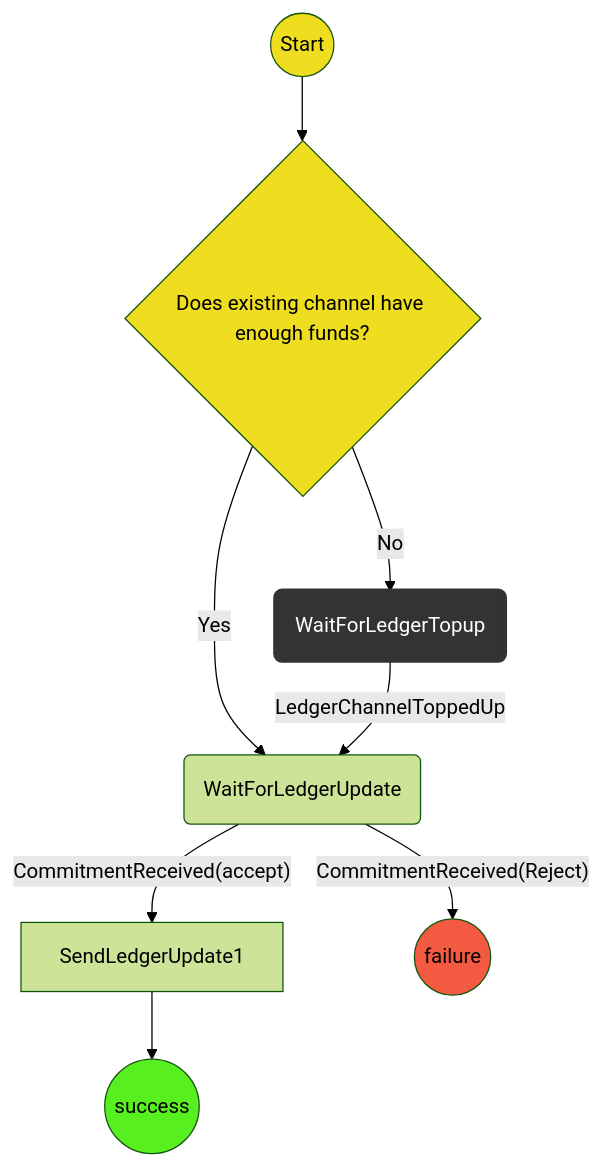
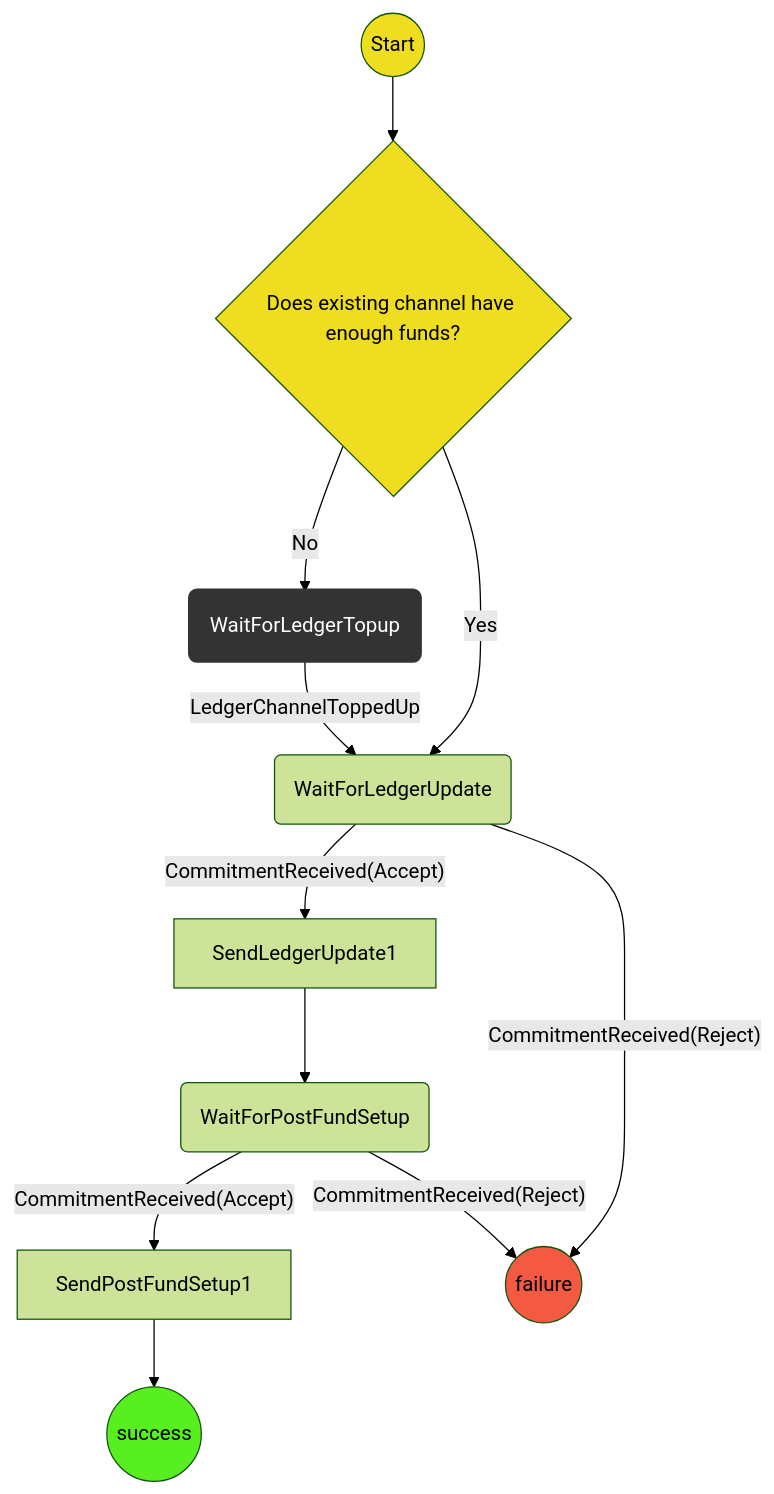
Before and after one commit to magmo/apps: the second of 2 diagrams in packages/wallet/src/redux/protocols/existing-channel-funding/readme.md, drawn with Mermaid (forest theme). The commit also changed other lines of this file and 4 other files, not shown here.

Commit message:
Existing funding now sends post fund setups

````diff
--- a/packages/wallet/src/redux/protocols/existing-channel-funding/readme.md
+++ b/packages/wallet/src/redux/protocols/existing-channel-funding/readme.md
@@ -35,20 +40,22 @@
 ```mermaid
   graph TD
   linkStyle default interpolate basis
   St((Start))-->L
   L{Does existing channel have enough funds?}-->|No|LT(WaitForLedgerTopup)
   L{Does existing channel have enough funds?}-->|Yes|WC(WaitForLedgerUpdate)
   LT-->|LedgerChannelToppedUp|WC(WaitForLedgerUpdate)
-  WC-->|"CommitmentReceived(accept)"|SC1[SendLedgerUpdate1]
-  SC1-->Su((success))
+  WC-->|"CommitmentReceived(Accept)"|SC1[SendLedgerUpdate1]
+  SC1-->WP(WaitForPostFundSetup)
+  WP-->|"CommitmentReceived(Accept)"|SP1[SendPostFundSetup1]
+  SP1-->Su((success))
   WC-->|"CommitmentReceived(Reject)"|F((failure))
-
+  WP-->|"CommitmentReceived(Reject)"|F((failure))
   classDef logic fill:#efdd20;
   classDef Success fill:#58ef21;
   classDef Failure fill:#f45941;
   classDef WaitForChildProtocol stroke:#333,stroke-width:4px,color:#ffff,fill:#333;
   class St,L logic;
   class Su Success;
   class F Failure;
   class LT WaitForChildProtocol;
 ```
````
